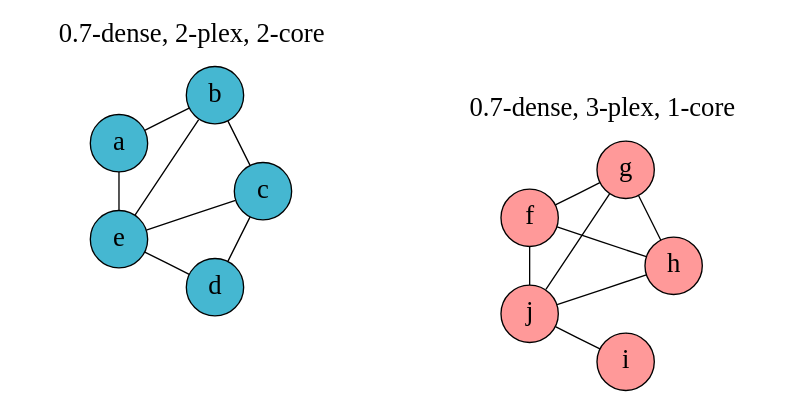
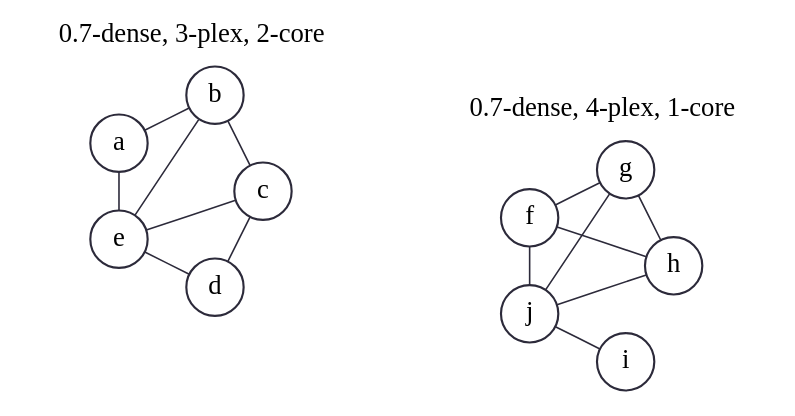
One commit to skojaku/adv-net-sci changed the third of 4 diagrams in lecture-note/m05-clustering/01-concepts.qmd. Above: the diagram before and after it, drawn with Graphviz. The commit also changed other lines of this file and 67 other files, not shown here.

````diff
--- a/lecture-note/m05-clustering/01-concepts.qmd
+++ b/lecture-note/m05-clustering/01-concepts.qmd
@@ -126,57 +144,48 @@
 ```{dot}
 //| fig-width: 6
 //| fig-height: 3
 //| fig-align: center
 
 graph G {
     layout=fdp;
-    node [shape=circle, style=filled, fontsize=20, width=0.6];
-    edge [len=1.5];
+    node [shape=circle, style=filled, fillcolor=white, color="#2c2a3a", penwidth=1.6, fontsize=20, width=0.6];
+    edge [len=1.5, color="#2c2a3a", penwidth=1.2];
 
-    // ρ-dense: qualifies (has 8/10 = 80% > 75% threshold)
     subgraph cluster_dense {
-        label="0.7-dense, 2-plex, 2-core";
-        #style=filled;
-        #fillcolor="#e8f5e8";
+        label="0.7-dense, 3-plex, 2-core";
         fontsize=20;
         peripheries=0;
 
-        a [pos="0.5,2.5!", fillcolor="#45b7d1"];
-        b [pos="1.5,3!", fillcolor="#45b7d1"];
-        c [pos="2,2!", fillcolor="#45b7d1"];
-        d [pos="1.5,1!", fillcolor="#45b7d1"];
-        e [pos="0.5,1.5!", fillcolor="#45b7d1"];
+        a [pos="0.5,2.5!"];
+        b [pos="1.5,3!"];
+        c [pos="2,2!"];
+        d [pos="1.5,1!"];
+        e [pos="0.5,1.5!"];
 
         a -- b; a -- e;
         b -- c; b -- e;
         c -- d; c -- e;
         d -- e;
-        // Missing: a -- c, b -- d (has 8 out of 10 possible edges = 80%)
     }
 
-    // Not ρ-dense: fails (has 4/10 = 40% < 75% threshold)
     subgraph cluster_not_dense {
-        label="0.7-dense, 3-plex, 1-core";
-        #style=filled;
-        #fillcolor="#ffe8e8";
+        label="0.7-dense, 4-plex, 1-core";
         fontsize=20;
         peripheries=0;
 
-        f [pos="5.5,2.5!", fillcolor="#ff9999"];
-        g [pos="6.5,3!", fillcolor="#ff9999"];
-        h [pos="7,2!", fillcolor="#ff9999"];
-        i [pos="6.5,1!", fillcolor="#ff9999"];
-        j [pos="5.5,1.5!", fillcolor="#ff9999"];
+        f [pos="5.5,2.5!"];
+        g [pos="6.5,3!"];
+        h [pos="7,2!"];
+        i [pos="6.5,1!"];
+        j [pos="5.5,1.5!"];
 
         f -- g;
         g -- h;
         i -- j;
         j -- f;
         f -- h;
         j -- h;
         j -- g;
-
-        // Missing 6 edges: has only 4 out of 10 possible edges = 40%
     }
 }
 ```
````
